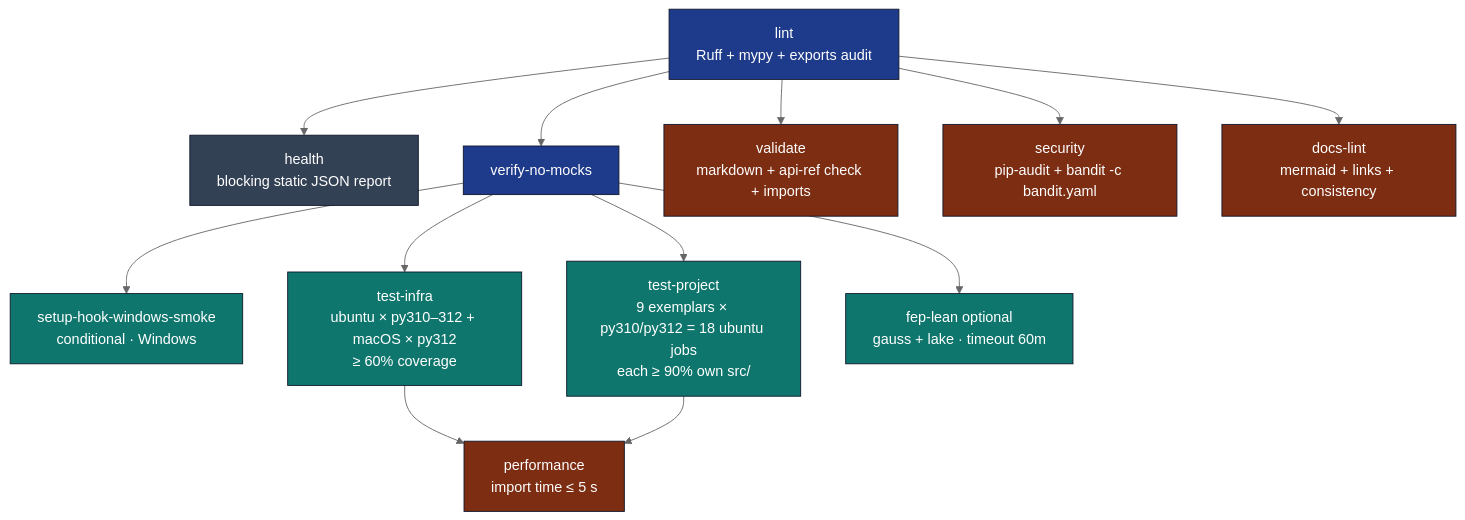
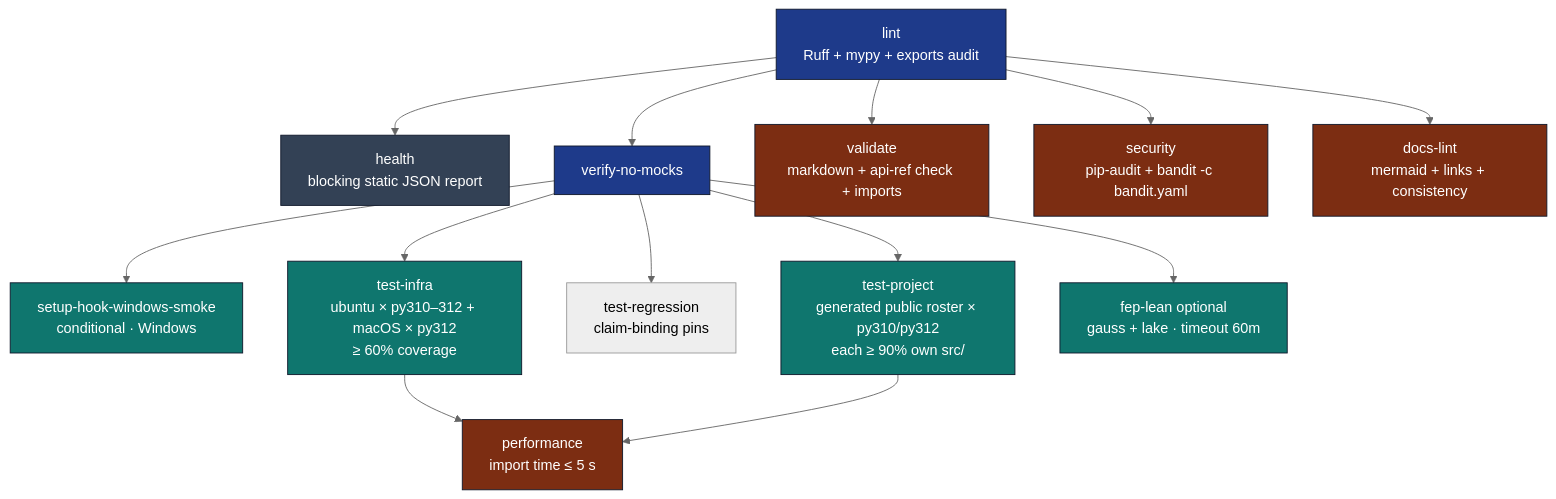
Before and after one commit to docxology/template: the diagram in .github/workflows/README.md, drawn with Mermaid (neutral theme). The commit also changed other lines of this file and 347 other files, not shown here.

Commit message:
feat: harden public exemplars and accelerate active inference tests

````diff
--- a/.github/workflows/README.md
+++ b/.github/workflows/README.md
@@ -21,23 +21,24 @@
 ```mermaid
 flowchart TB
     LINT[lint<br/>Ruff + mypy + exports audit] --> HEALTH[health<br/>blocking static JSON report]
     LINT --> VNM[verify-no-mocks]
     LINT --> VAL[validate<br/>markdown + api-ref check + imports]
     LINT --> SEC[security<br/>pip-audit + bandit -c bandit.yaml]
     LINT --> DL[docs-lint<br/>mermaid + links + consistency]
     VNM --> SHW[setup-hook-windows-smoke<br/>conditional · Windows]
     VNM --> TI[test-infra<br/>ubuntu × py310–312 + macOS × py312<br/>≥ 60% coverage]
-    VNM --> TP[test-project<br/>9 exemplars × py310/py312 = 18 ubuntu jobs<br/>each ≥ 90% own src/]
+    VNM --> TR[test-regression<br/>claim-binding pins]
+    VNM --> TP[test-project<br/>generated public roster × py310/py312<br/>each ≥ 90% own src/]
     VNM --> FL[fep-lean optional<br/>gauss + lake · timeout 60m]
     TI --> PERF[performance<br/>import time ≤ 5 s]
     TP --> PERF
 
     classDef gate fill:#1e3a8a,stroke:#0f172a,color:#fff
     classDef matrix fill:#0f766e,stroke:#0f172a,color:#fff
     classDef terminal fill:#7c2d12,stroke:#0f172a,color:#fff
     classDef info fill:#334155,stroke:#0f172a,color:#fff
     class LINT,VNM gate
     class TI,TP,FL,SHW matrix
     class VAL,SEC,DL,PERF terminal
     class HEALTH info
 ```
````
